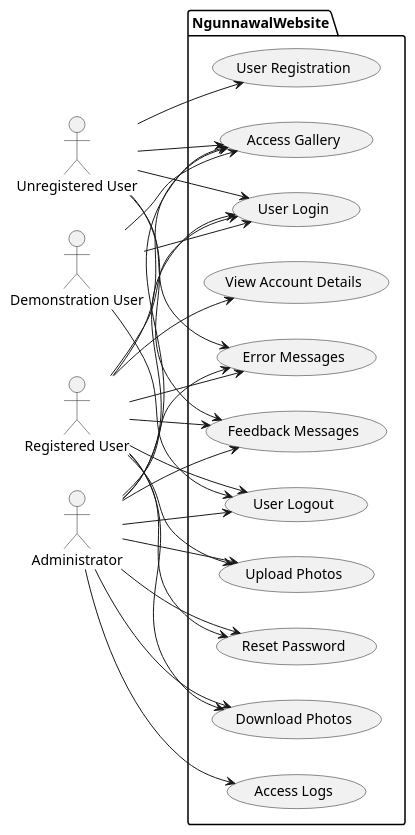
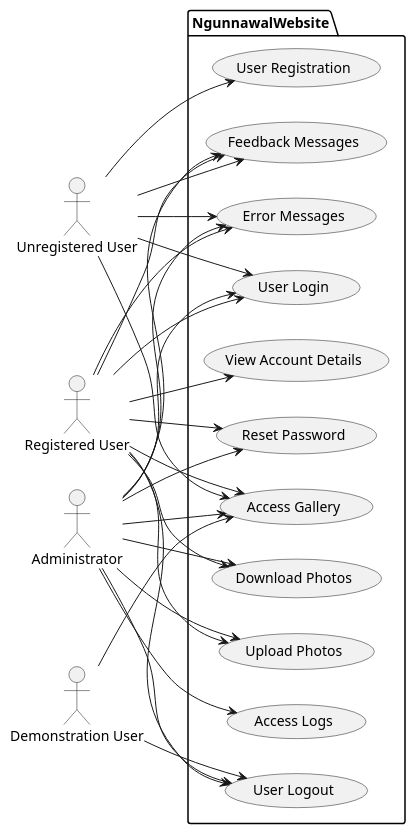
Before and after one commit to 4060269/NgunnawalCountryFlaskAssessment5-6-7: the diagram in usecases.puml, drawn with PlantUML. The commit also changed 2 other files, not shown here.

```diff
--- a/usecases.puml
+++ b/usecases.puml
@@ -1,60 +1,59 @@
 @startuml
 left to right direction
 
 ' creates a stick figure with a displayed title in
 ' quotes and creates a 'code' name after the as
 actor "Unregistered User" as unregistered
 actor "Registered User" as registered
 actor "Demonstration User" as demo
 actor Administrator as admin
 
 ' a package is a way to group all of the use cases
 ' under the website name
 package NgunnawalWebsite {
     usecase "User Registration" as UC1
     usecase "User Login" as UC2
     usecase "User Logout" as UC3
     usecase "View Account Details" as UC4
     usecase "Reset Password" as UC5
     usecase "Access Gallery" as UC6
     usecase "Upload Photos" as UC7
     usecase "Download Photos" as UC8
     usecase "Feedback Messages" as UC9
     usecase "Error Messages" as UC10
     usecase "Access Logs" as UC11
 }
 
 ' this is directing actors to the use case with an arrow,
 ' using the 'code' names of each elements
 unregistered --> UC1
 unregistered --> UC2
 unregistered --> UC6
 unregistered --> UC9
 unregistered --> UC10
 
 registered --> UC2
 registered --> UC3
 registered --> UC4
 registered --> UC5
 registered --> UC6
 registered --> UC7
 registered --> UC8
 registered --> UC9
 registered --> UC10
 
-demo --> UC2
 demo --> UC3
 demo --> UC6
 
 admin --> UC2
 admin --> UC3
 admin --> UC5
 admin --> UC6
 admin --> UC7
 admin --> UC8
 admin --> UC9
 admin --> UC10
 admin --> UC11
 
 
 @enduml
```
